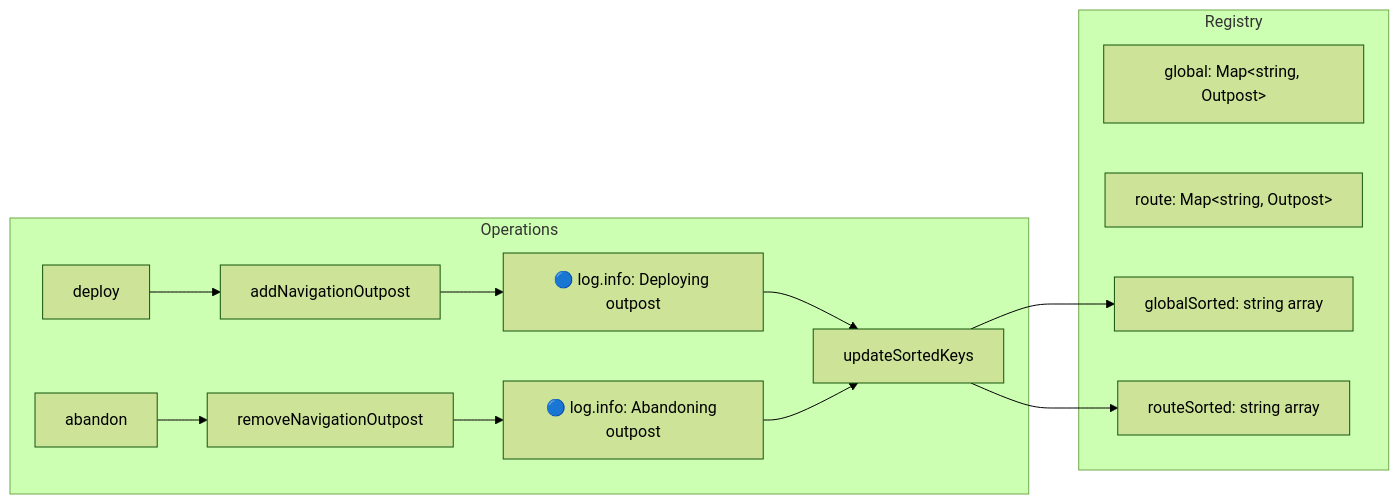
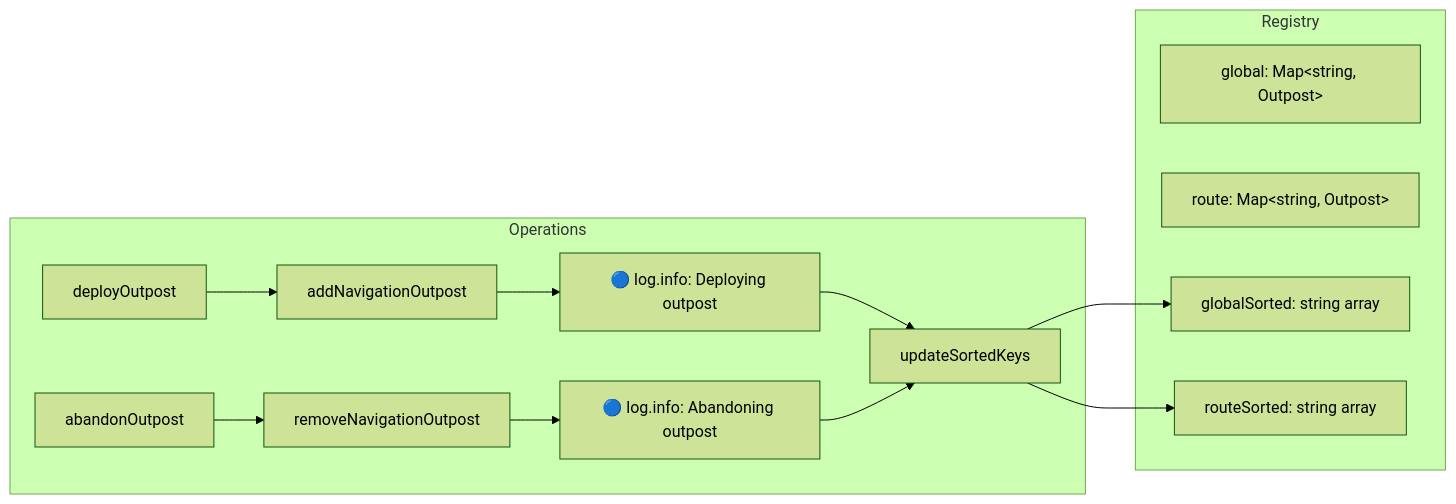
Before and after one commit to Kassaila/vue-router-citadel: the sixth of 8 diagrams in docs/internals.md, drawn with Mermaid (forest theme). The commit also changed other lines of this file and 9 other files, not shown here.

````diff
--- a/docs/internals.md
+++ b/docs/internals.md
@@ -310,21 +310,21 @@
 ```mermaid
 flowchart LR
     subgraph Registry
         A["global: Map&lt;string, Outpost&gt;"]
         B["route: Map&lt;string, Outpost&gt;"]
         C["globalSorted: string array"]
         D["routeSorted: string array"]
     end
 
     subgraph Operations
-        E[deploy] --> F[addNavigationOutpost]
+        E[deployOutpost] --> F[addNavigationOutpost]
         F --> LOG1["🔵 log.info: Deploying outpost"]
         LOG1 --> G[updateSortedKeys]
-        H[abandon] --> I[removeNavigationOutpost]
+        H[abandonOutpost] --> I[removeNavigationOutpost]
         I --> LOG2["🔵 log.info: Abandoning outpost"]
         LOG2 --> G
     end
 
     G --> C
     G --> D
 ```
````
